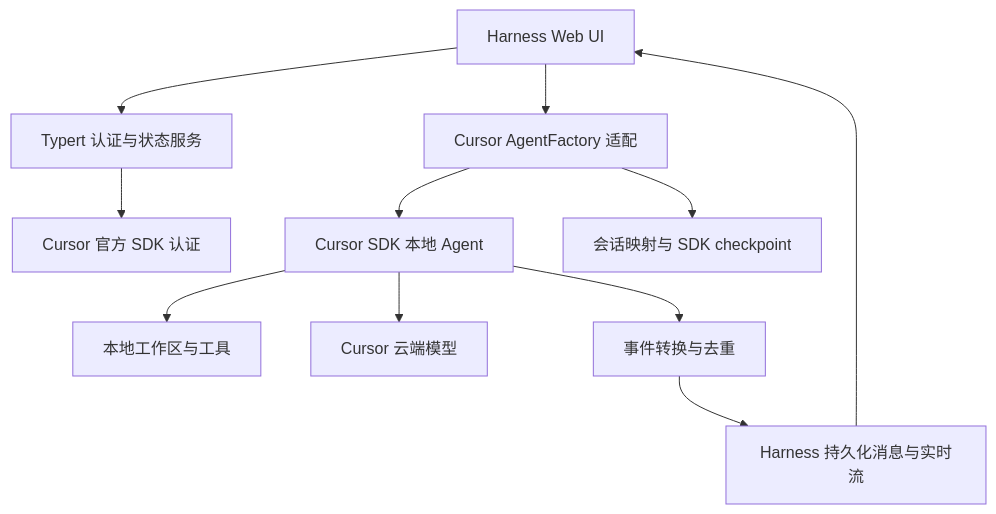
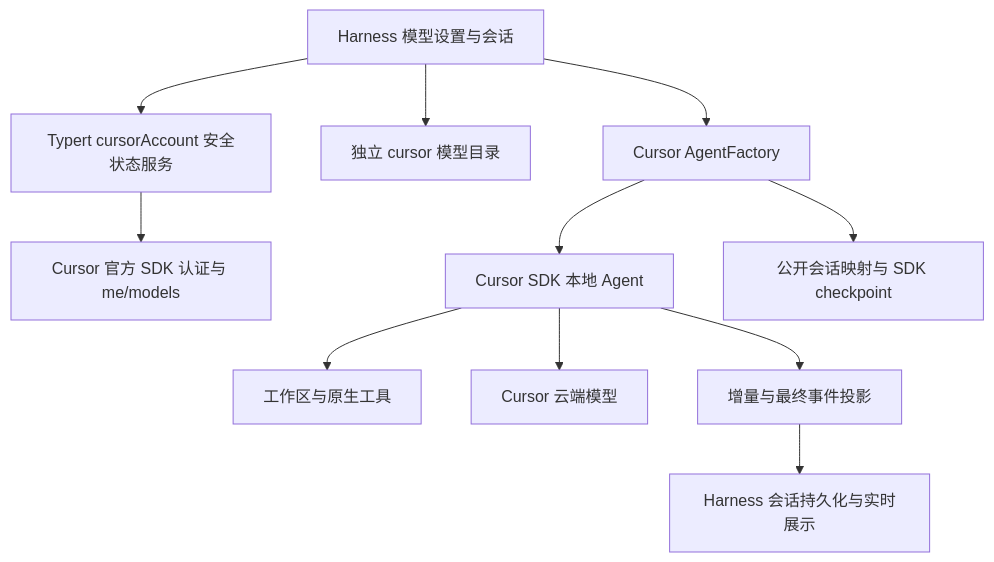
Before and after one commit to wuyouchao/dsh-cursor-agent: the diagram in docs/architecture.md, drawn with Mermaid. The commit also changed other lines of this file and 126 other files, not shown here.

Commit message:
实现 Cursor 账号设置与原生 Agent 集成

````diff
--- a/docs/architecture.md
+++ b/docs/architecture.md
@@ -9,13 +7,13 @@
 ```mermaid
 flowchart TD
-  UI[Harness Web UI] --> Remote[Typert 认证与状态服务]
-  Remote --> Auth[Cursor 官方 SDK 认证]
-  UI --> Factory[Cursor AgentFactory 适配]
+  UI[Harness 模型设置与会话] --> Account[Typert cursorAccount 安全状态服务]
+  Account --> Auth[Cursor 官方 SDK 认证与 me/models]
+  UI --> Catalog[独立 cursor 模型目录]
+  UI --> Factory[Cursor AgentFactory]
   Factory --> Agent[Cursor SDK 本地 Agent]
-  Agent --> Workspace[本地工作区与工具]
+  Agent --> Workspace[工作区与原生工具]
   Agent --> Model[Cursor 云端模型]
-  Agent --> Events[事件转换与去重]
-  Events --> Session[Harness 持久化消息与实时流]
-  Session --> UI
-  Factory --> Store[会话映射与 SDK checkpoint]
+  Agent --> Events[增量与最终事件投影]
+  Events --> Session[Harness 会话持久化与实时展示]
+  Factory --> Store[公开会话映射与 SDK checkpoint]
 ```
````
